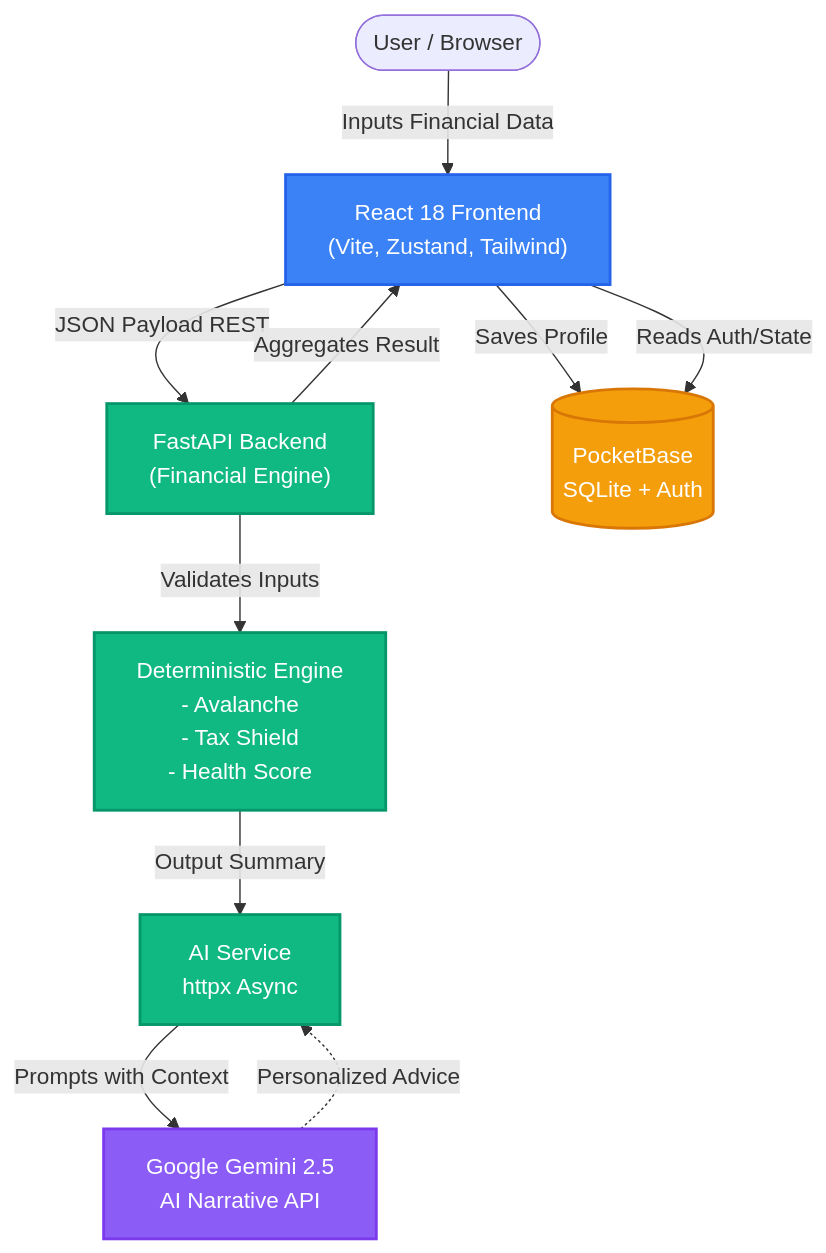
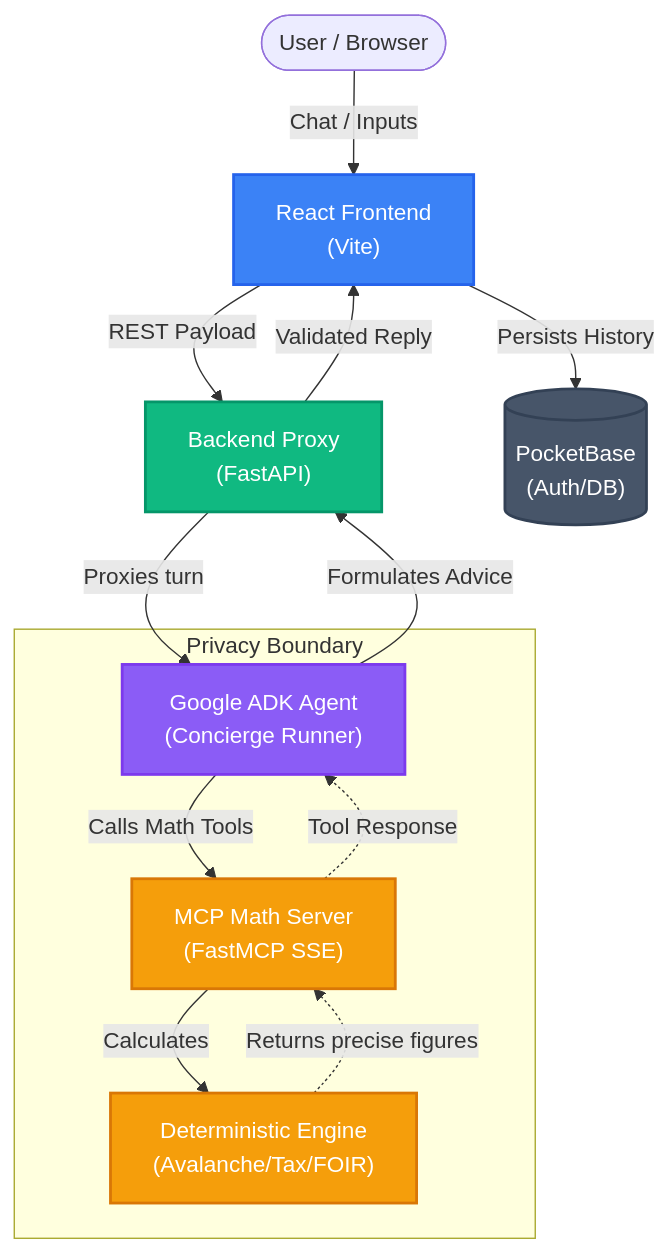
One commit to Harshit-925/FinReseilience_pro_CapStone_Project changed the diagram in README.md. Above: the diagram before and after it, drawn with Mermaid. The commit also changed other lines of this file and 44 other files, not shown here.

Commit message:
feat: integrate Google ADK concierge agent with MCP math tools

````diff
--- a/README.md
+++ b/README.md
@@ -56,29 +55,35 @@
 ```mermaid
 graph TD
     %% Define Styles
     classDef frontend fill:#3b82f6,stroke:#2563eb,stroke-width:2px,color:#fff;
-    classDef backend fill:#10b981,stroke:#059669,stroke-width:2px,color:#fff;
-    classDef db fill:#f59e0b,stroke:#d97706,stroke-width:2px,color:#fff;
-    classDef ai fill:#8b5cf6,stroke:#7c3aed,stroke-width:2px,color:#fff;
+    classDef proxy fill:#10b981,stroke:#059669,stroke-width:2px,color:#fff;
+    classDef agent fill:#8b5cf6,stroke:#7c3aed,stroke-width:2px,color:#fff;
+    classDef mcp fill:#f59e0b,stroke:#d97706,stroke-width:2px,color:#fff;
+    classDef db fill:#475569,stroke:#334155,stroke-width:2px,color:#fff;
 
     %% Nodes
     User([User / Browser])
-    UI["React 18 Frontend<br/>(Vite, Zustand, Tailwind)"]:::frontend
-    API["FastAPI Backend<br/>(Financial Engine)"]:::backend
-    DB[("PocketBase<br/>SQLite + Auth")]:::db
-    Gemini["Google Gemini 2.5<br/>AI Narrative API"]:::ai
+    UI["React Frontend<br/>(Vite)"]:::frontend
+    API["Backend Proxy<br/>(FastAPI)"]:::proxy
+    DB[("PocketBase<br/>(Auth/DB)")]:::db
+    
+    subgraph Privacy Boundary
+        Agent["Google ADK Agent<br/>(Concierge Runner)"]:::agent
+        MCP["MCP Math Server<br/>(FastMCP SSE)"]:::mcp
+        Engine["Deterministic Engine<br/>(Avalanche/Tax/FOIR)"]:::mcp
+    end
 
     %% Flow
-    User -->|Inputs Financial Data| UI
-    UI -->|JSON Payload REST| API
+    User -->|Chat / Inputs| UI
+    UI -->|REST Payload| API
+    API -->|Proxies turn| Agent
     
-    API -->|Validates Inputs| Engine["Deterministic Engine<br/>- Avalanche<br/>- Tax Shield<br/>- Health Score"]:::backend
+    Agent -->|Calls Math Tools| MCP
+    MCP -->|Calculates| Engine
+    Engine -.->|Returns precise figures| MCP
+    MCP -.->|Tool Response| Agent
     
-    Engine -->|Output Summary| AI_Service["AI Service<br/>httpx Async"]:::backend
-    AI_Service -->|Prompts with Context| Gemini
-    Gemini -.->|Personalized Advice| AI_Service
-    
-    API -->|Aggregates Result| UI
-    UI -->|Saves Profile| DB
-    UI -->|Reads Auth/State| DB
+    Agent -->|Formulates Advice| API
+    API -->|Validated Reply| UI
+    UI -->|Persists History| DB
 ```
````
